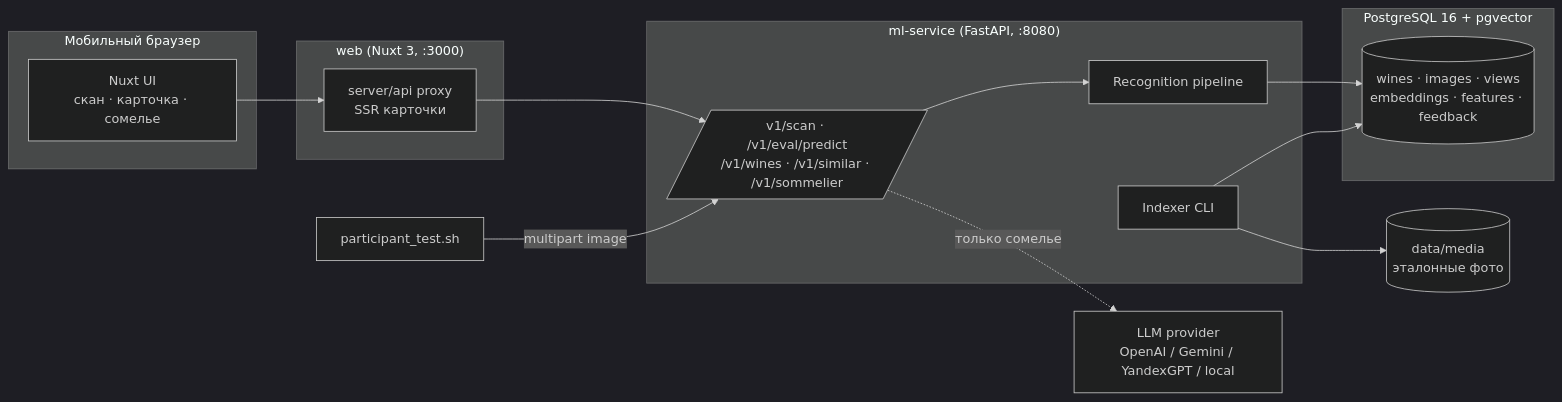
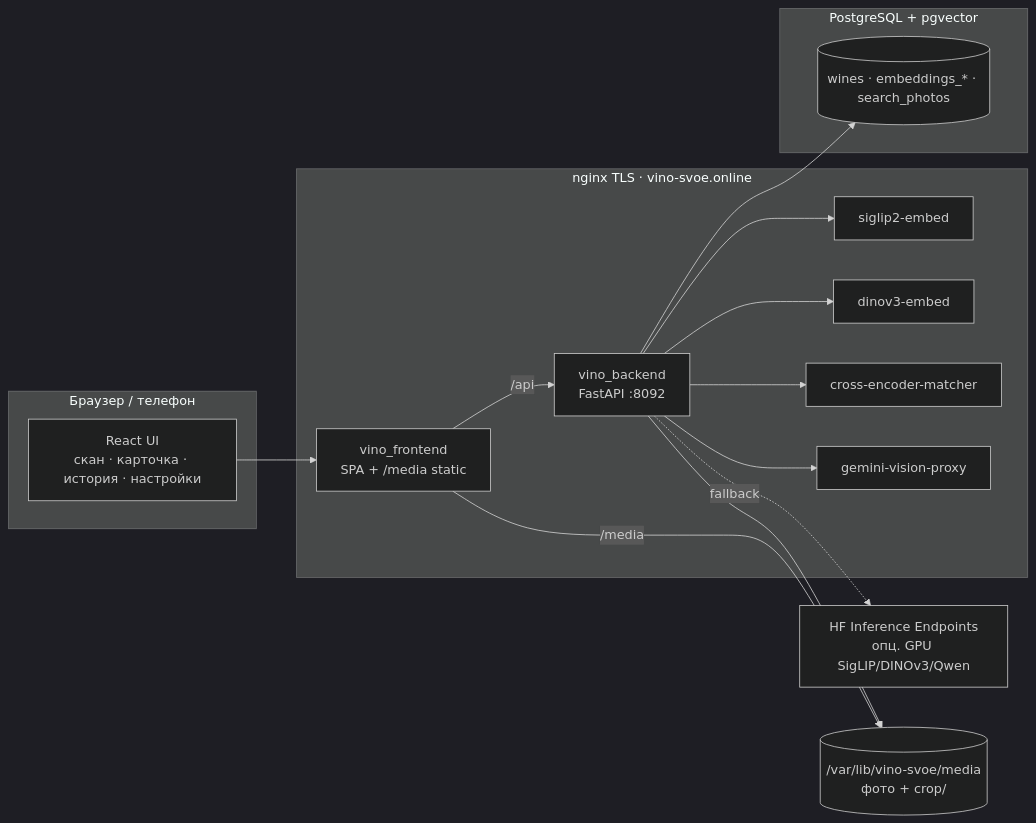
Before and after one commit to kairov-eng/vino: the first of 2 diagrams in architecture/ARCHITECTURE.md, drawn with Mermaid (dark theme). The commit also changed other lines of this file and 8 other files, not shown here.

First line of the commit message:
docs: refresh architecture/* to match current React/FastAPI stack

````diff
--- a/architecture/ARCHITECTURE.md
+++ b/architecture/ARCHITECTURE.md
@@ -7,27 +11,30 @@
 ```mermaid
 flowchart LR
-    subgraph Client["Мобильный браузер"]
-        UI[Nuxt UI<br/>скан · карточка · сомелье]
+    subgraph Client["Браузер / телефон"]
+        UI[React UI<br/>скан · карточка · история · настройки]
     end
-    subgraph Web["web (Nuxt 3, :3000)"]
-        BFF[server/api proxy<br/>SSR карточки]
+    subgraph Edge["nginx TLS · vino-svoe.online"]
+        FE[vino_frontend<br/>SPA + /media static]
+        BE[vino_backend<br/>FastAPI :8092]
+        ML1[siglip2-embed]
+        ML2[dinov3-embed]
+        ML3[cross-encoder-matcher]
+        GP[gemini-vision-proxy]
     end
-    subgraph ML["ml-service (FastAPI, :8080)"]
-        API[/v1/scan · /v1/eval/predict<br/>/v1/wines · /v1/similar · /v1/sommelier/]
-        PIPE[Recognition pipeline]
-        IDX[Indexer CLI]
+    subgraph Store["PostgreSQL + pgvector"]
+        DB[(wines · embeddings_* · search_photos)]
     end
-    subgraph Store["PostgreSQL 16 + pgvector"]
-        DB[(wines · images · views<br/>embeddings · features · feedback)]
-    end
-    FS[(data/media<br/>эталонные фото)]
-    LLM[LLM provider<br/>OpenAI / Gemini / YandexGPT / local]
-    EVAL[participant_test.sh]
+    FS[(/var/lib/vino-svoe/media<br/>фото + crop/)]
+    HF[HF Inference Endpoints<br/>опц. GPU SigLIP/DINOv3/Qwen]
 
-    UI --> BFF --> API
-    EVAL -->|multipart image| API
-    API --> PIPE --> DB
-    IDX --> FS
-    IDX --> DB
-    API -. только сомелье .-> LLM
+    UI --> FE
+    FE -->|/api| BE
+    FE -->|/media| FS
+    BE --> DB
+    BE --> ML1
+    BE --> ML2
+    BE --> ML3
+    BE --> GP
+    BE -. fallback .-> HF
+    BE --> FS
 ```
````
